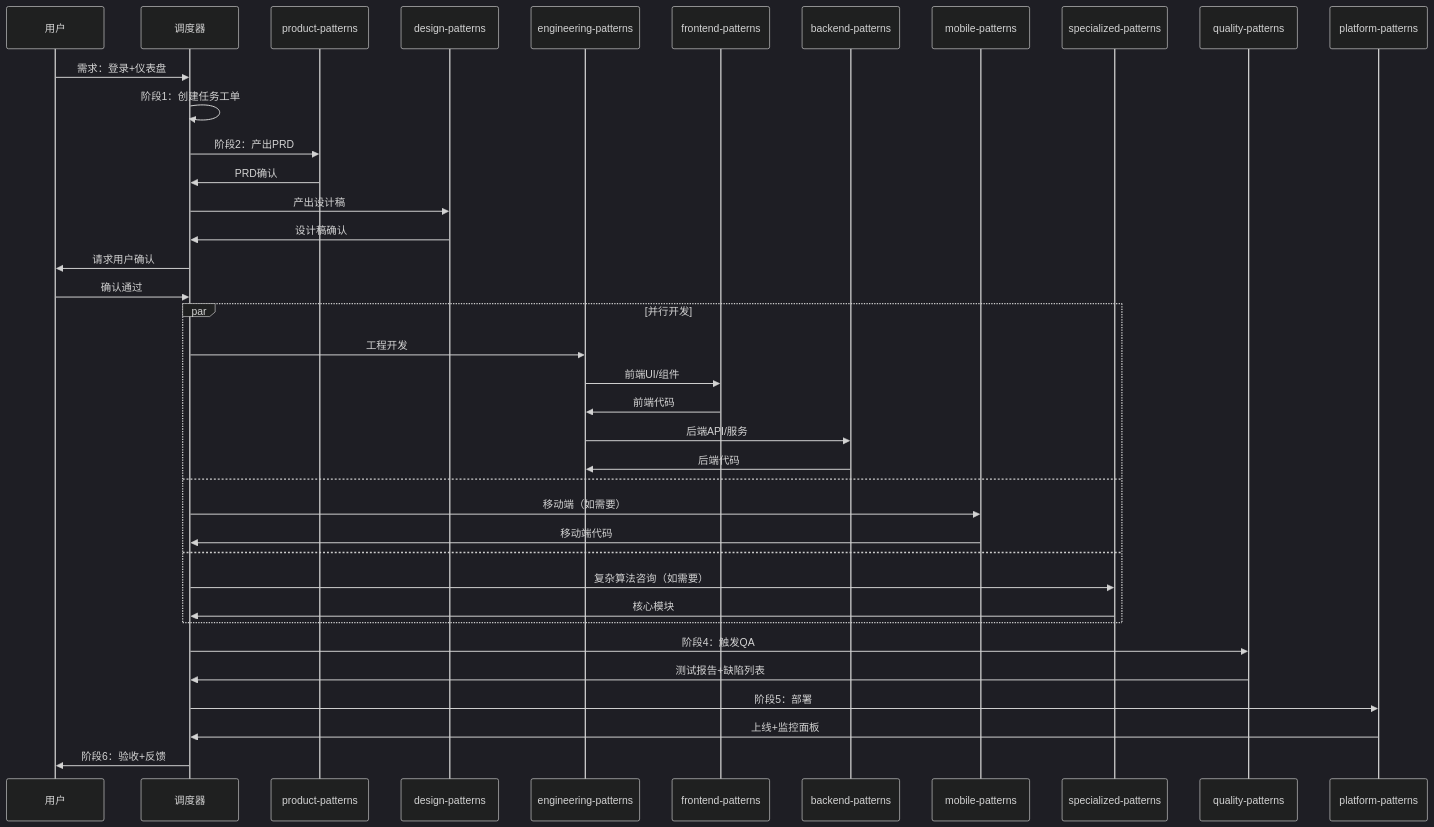
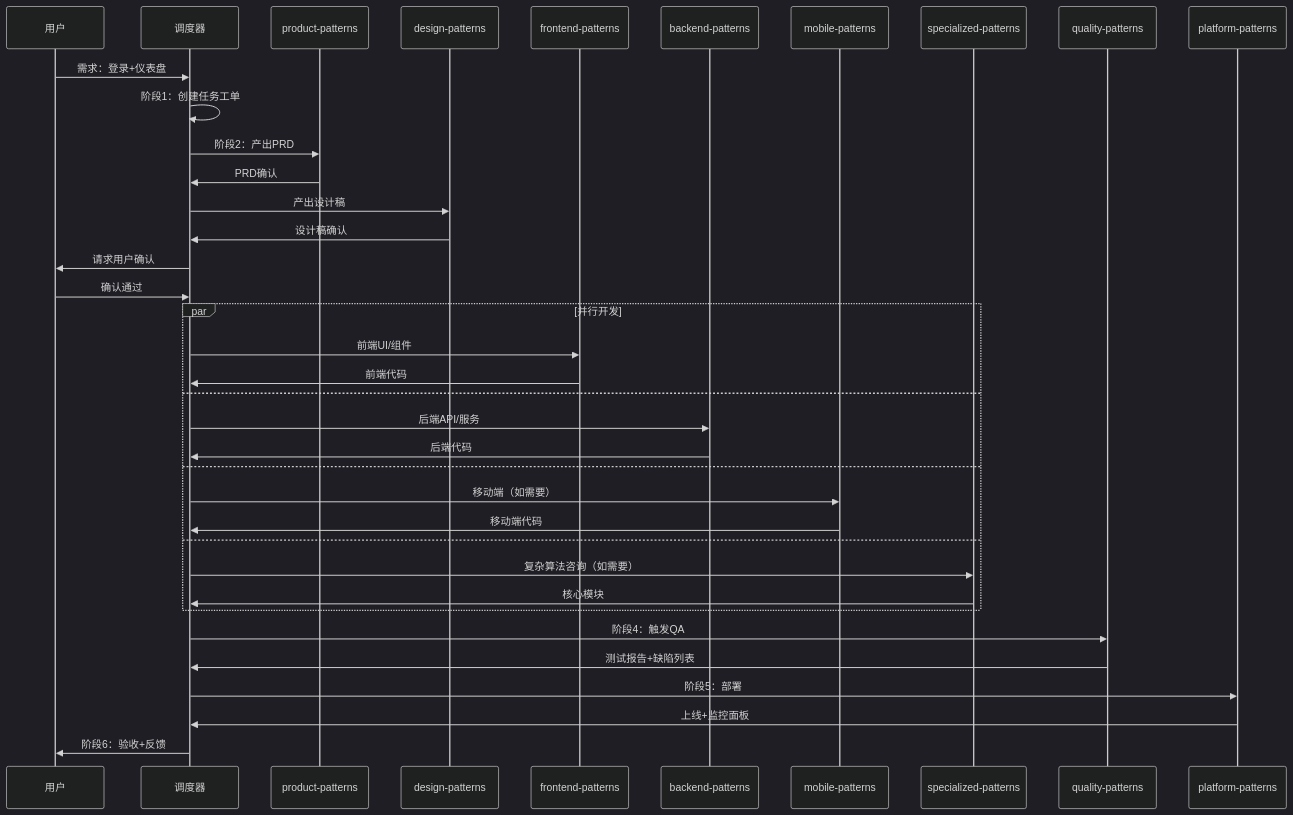
One commit to Tooooommy/Trae-Workflow changed the second of 2 diagrams in agents/orchestrator.md. Above: the diagram before and after it, drawn with Mermaid (dark theme). The commit also changed other lines of this file, not shown here.

First line of the commit message:
refactor(orchestrator): 移除 engineering-patterns 调度层

````diff
--- a/agents/orchestrator.md
+++ b/agents/orchestrator.md
@@ -298,41 +275,40 @@
 ```mermaid
 sequenceDiagram
     participant U as 用户
     participant O as 调度器
     participant P as product-patterns
     participant D as design-patterns
-    participant Eng as engineering-patterns
     participant FE as frontend-patterns
     participant BE as backend-patterns
     participant M as mobile-patterns
     participant S as specialized-patterns
     participant Q as quality-patterns
     participant Ops as platform-patterns
 
     U->>O: 需求：登录+仪表盘
     O->>O: 阶段1：创建任务工单
     O->>P: 阶段2：产出PRD
     P->>O: PRD确认
     O->>D: 产出设计稿
     D->>O: 设计稿确认
     O->>U: 请求用户确认
     U->>O: 确认通过
     par 并行开发
-        O->>Eng: 工程开发
-        Eng->>FE: 前端UI/组件
-        FE->>Eng: 前端代码
-        Eng->>BE: 后端API/服务
-        BE->>Eng: 后端代码
+        O->>FE: 前端UI/组件
+        FE->>O: 前端代码
+    and
+        O->>BE: 后端API/服务
+        BE->>O: 后端代码
     and
         O->>M: 移动端（如需要）
         M->>O: 移动端代码
     and
         O->>S: 复杂算法咨询（如需要）
         S->>O: 核心模块
     end
     O->>Q: 阶段4：触发QA
     Q->>O: 测试报告+缺陷列表
     O->>Ops: 阶段5：部署
     Ops->>O: 上线+监控面板
     O->>U: 阶段6：验收+反馈
 ```
````
